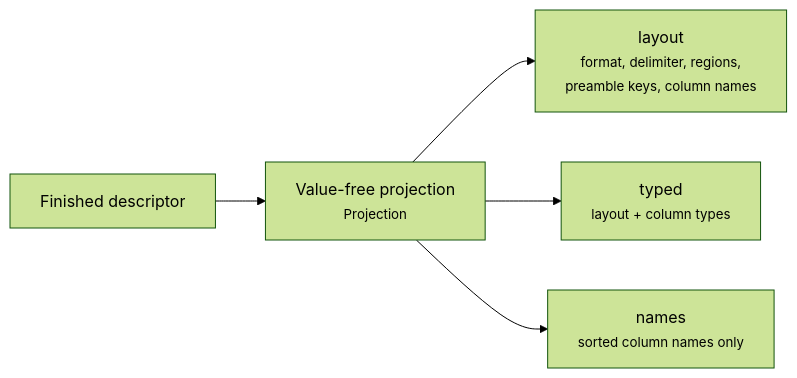
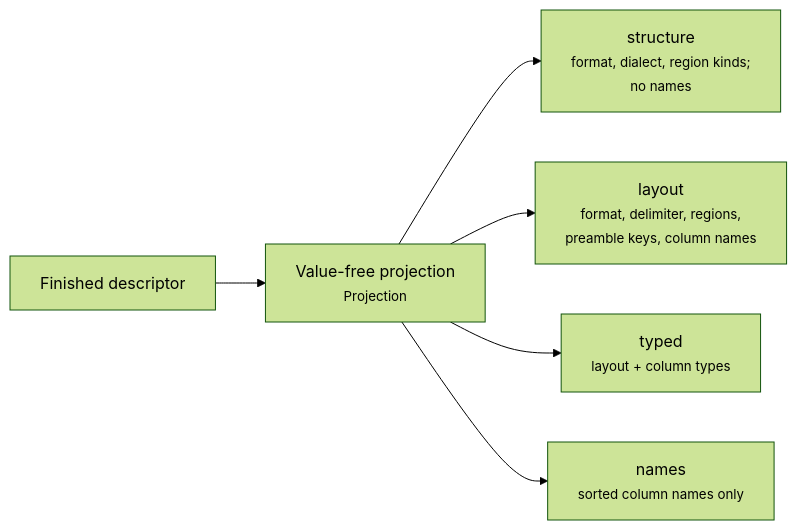
One commit to squalor-xyz/squalify changed the seventh of 10 diagrams in docs/how-it-works.md. Above: the diagram before and after it, drawn with Mermaid (forest theme). The commit also changed other lines of this file and 34 other files, not shown here.

First line of the commit message:
Sample-data review: adopt findings into roadmap and design

````diff
--- a/docs/how-it-works.md
+++ b/docs/how-it-works.md
@@ -119,7 +131,8 @@
 ```mermaid
 flowchart LR
     D["Finished descriptor"] --> P["Value-free projection<br/><small>Projection</small>"]
+    P --> S["structure<br/><small>format, dialect, region kinds;<br/>no names</small>"]
     P --> L["layout<br/><small>format, delimiter, regions,<br/>preamble keys, column names</small>"]
     P --> T["typed<br/><small>layout + column types</small>"]
     P --> N["names<br/><small>sorted column names only</small>"]
 ```
````
